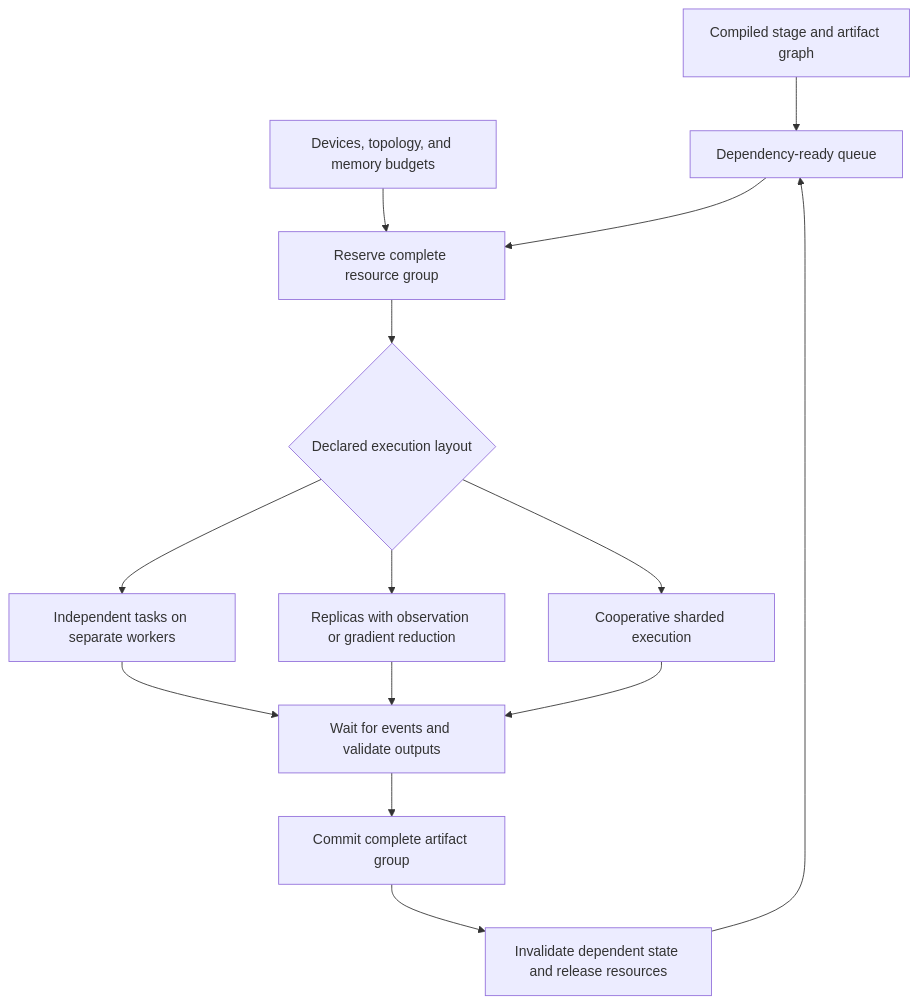
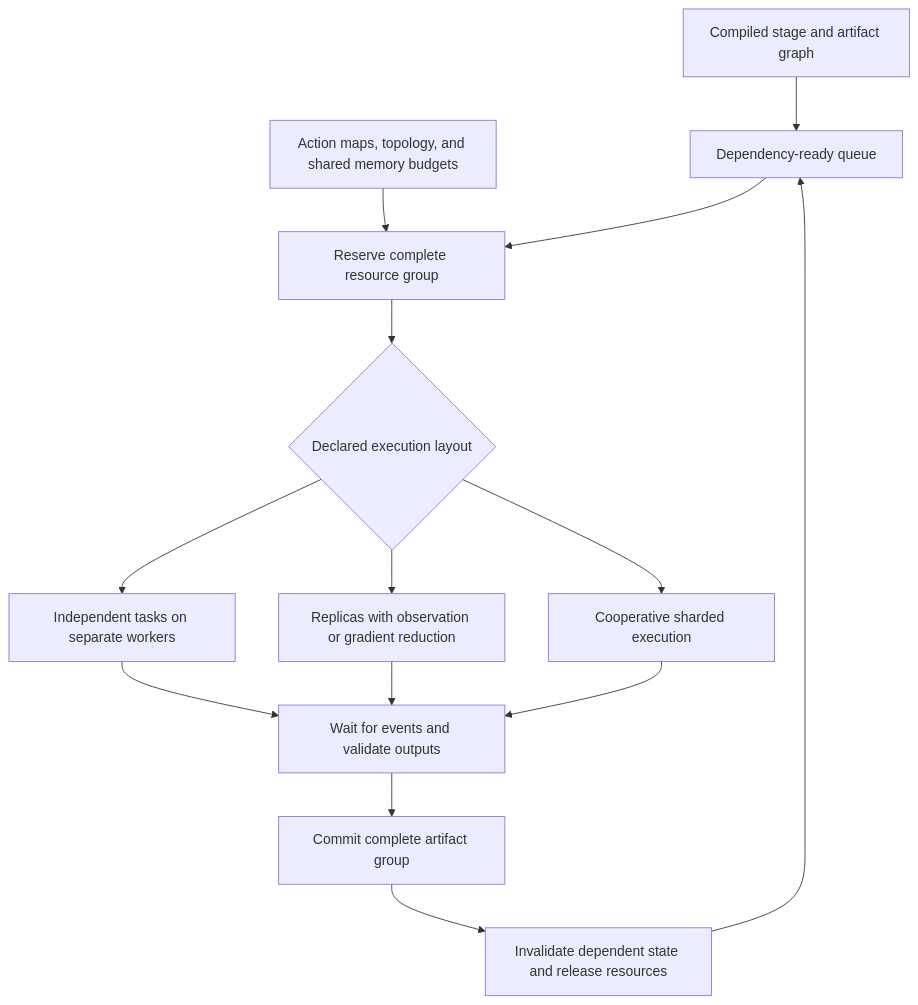
The diagram in docs/quantization-parallel-execution.md (ModelCloud/GPTQModel), drawn with Mermaid before and after one commit. The commit also changed other lines of this file and 7 other files, not shown here.

````diff
--- a/docs/quantization-parallel-execution.md
+++ b/docs/quantization-parallel-execution.md
@@ -114,16 +152,16 @@
 ```mermaid
 flowchart TD
     P[Compiled stage and artifact graph] --> Q[Dependency-ready queue]
-    R[Devices, topology, and memory budgets] --> A[Reserve complete resource group]
+    R[Action maps, topology, and shared memory budgets] --> A[Reserve complete resource group]
     Q --> A
     A --> X{Declared execution layout}
     X --> T[Independent tasks on separate workers]
     X --> D[Replicas with observation or gradient reduction]
     X --> S[Cooperative sharded execution]
     T --> B[Wait for events and validate outputs]
     D --> B
     S --> B
     B --> C[Commit complete artifact group]
     C --> I[Invalidate dependent state and release resources]
     I --> Q
 ```
````
